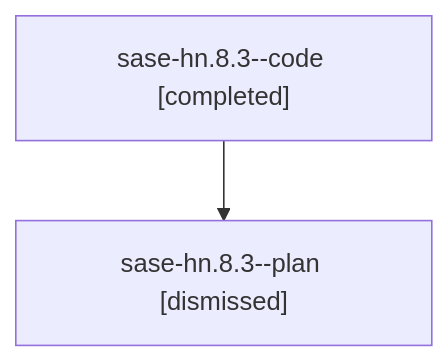
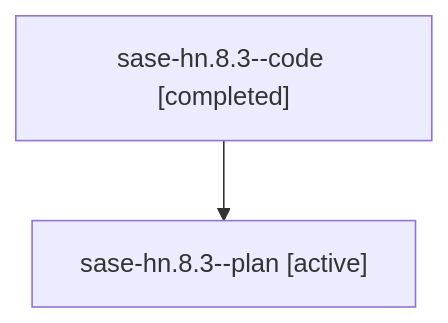
One commit to sase-org/sase--agents changed the diagram in families/bbugyi200.athena.sase-hn.8.3.md. Above: the diagram before and after it, drawn with Mermaid. The commit also changed other lines of this file and 35830 other files, not shown here.

````diff
--- a/families/bbugyi200.athena.sase-hn.8.3.md
+++ b/families/bbugyi200.athena.sase-hn.8.3.md
@@ -9,6 +9,6 @@
 ```mermaid
 flowchart TD
   n0["sase-hn.8.3--code [completed]"]
-  n1["sase-hn.8.3--plan [dismissed]"]
+  n1["sase-hn.8.3--plan [active]"]
   n0 --> n1
 ```
````
